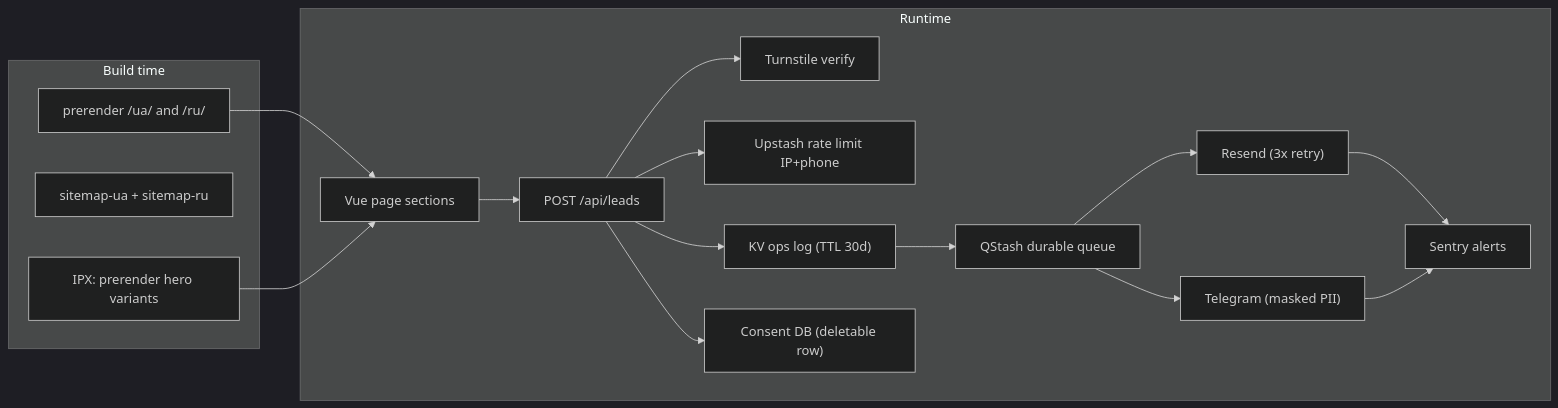
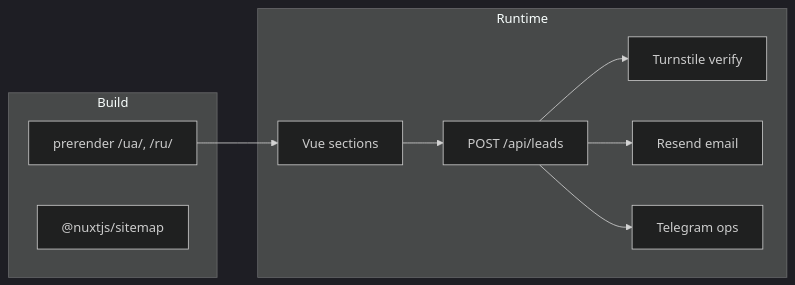
The first of 2 diagrams in .cursor/plans/easy_west_architecture_47acd201.plan.md (manhengest/easy-west), drawn with Mermaid (dark theme) before and after one commit. The commit also changed other lines of this file and 12 other files, not shown here.

````diff
--- a/.cursor/plans/easy_west_architecture_47acd201.plan.md
+++ b/.cursor/plans/easy_west_architecture_47acd201.plan.md
@@ -124,32 +103,19 @@
 ```mermaid
 flowchart LR
-  subgraph build [Build time]
-    Prerender["prerender /ua/ and /ru/"]
-    Sitemap["sitemap-ua + sitemap-ru"]
-    Hero["IPX: prerender hero variants"]
+  subgraph build [Build]
+    Prerender["prerender /ua/, /ru/"]
+    Sitemap["@nuxtjs/sitemap"]
   end
   subgraph runtime [Runtime]
-    Page["Vue page sections"]
+    Page["Vue sections"]
     API["POST /api/leads"]
     TS["Turnstile verify"]
-    RL["Upstash rate limit IP+phone"]
-    KV["KV ops log (TTL 30d)"]
-    DB["Consent DB (deletable row)"]
-    Q["QStash durable queue"]
-    Mail["Resend (3x retry)"]
-    TG["Telegram (masked PII)"]
-    Sentry["Sentry alerts"]
+    Mail["Resend email"]
+    TG["Telegram ops"]
   end
   Prerender --> Page
-  Hero --> Page
   Page --> API
   API --> TS
-  API --> RL
-  API --> DB
-  API --> KV
-  KV --> Q
-  Q --> Mail
-  Q --> TG
-  Mail --> Sentry
-  TG --> Sentry
+  API --> Mail
+  API --> TG
 ```
````
